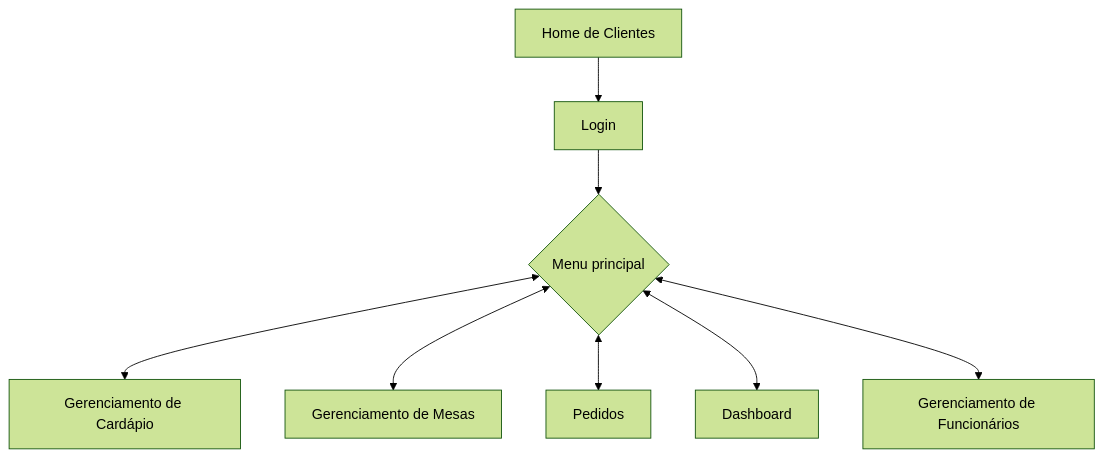
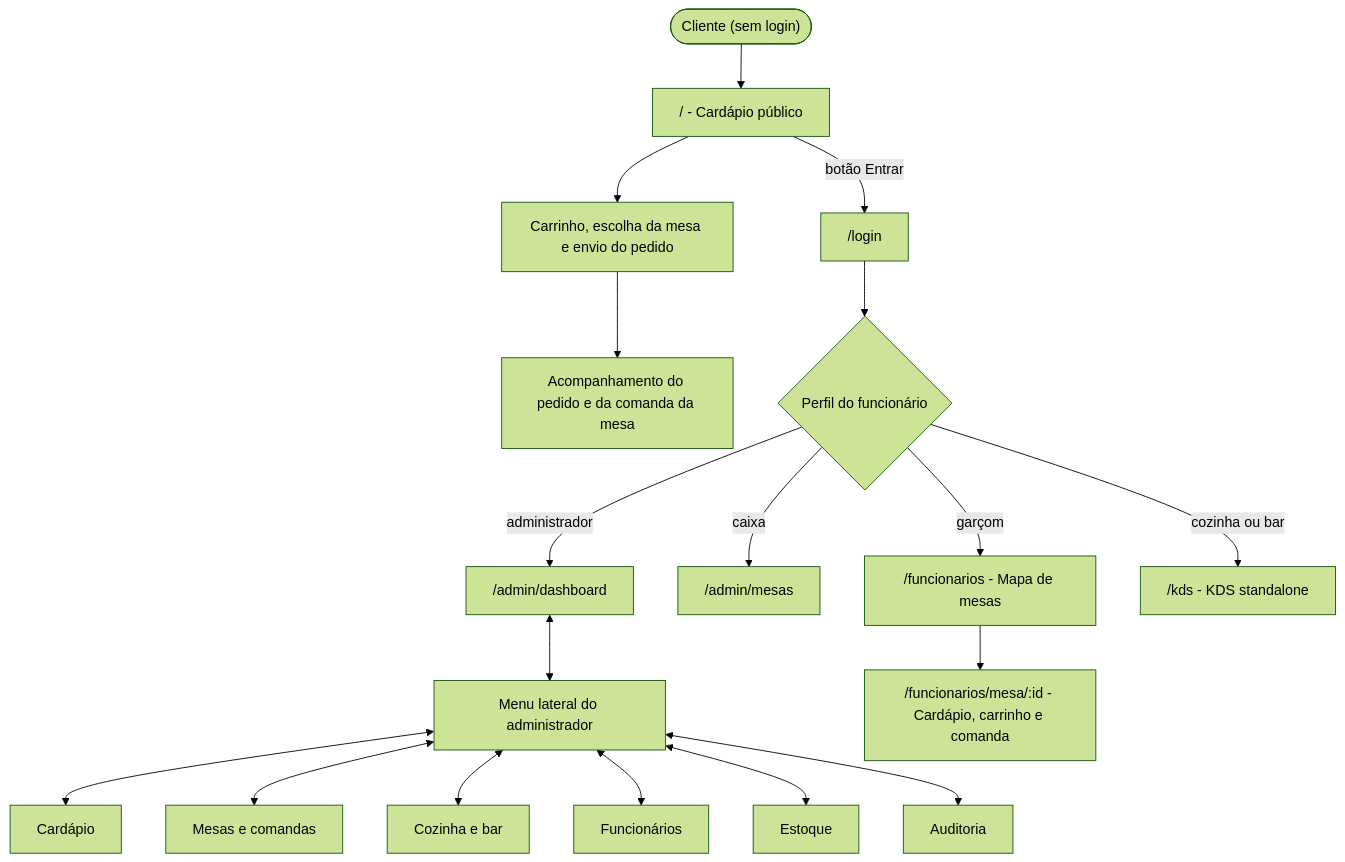
The first of 11 diagrams in README.md (ProntaComanda/ProntaComanda-docs), drawn with Mermaid (forest theme) before and after one commit. The commit also changed other lines of this file, not shown here.

````diff
--- a/README.md
+++ b/README.md
@@ -317,10 +502,23 @@
 ```mermaid
 graph TD
-    HomeClients["Home de Clientes"] --> Login
-    Login --> Menu{"Menu principal"}
-    Menu <--> AdminMenu["Gerenciamento de Cardápio"]
-    Menu <--> AdminTables["Gerenciamento de Mesas"]
-    Menu <--> AdminOrders["Pedidos"]
-    Menu <--> Dashboard["Dashboard"]
-    Menu <--> AdminEmployees["Gerenciamento de Funcionários"]
+    Cliente(["Cliente (sem login)"]) --> Cardapio["/ - Cardápio público"]
+    Cardapio --> Carrinho["Carrinho, escolha da mesa e envio do pedido"]
+    Carrinho --> Acompanha["Acompanhamento do pedido e da comanda da mesa"]
+    Cardapio -->|"botão Entrar"| Login["/login"]
+    Login --> Perfil{"Perfil do funcionário"}
+
+    Perfil -->|administrador| Dashboard["/admin/dashboard"]
+    Perfil -->|caixa| MesasCaixa["/admin/mesas"]
+    Perfil -->|garçom| MapaMesas["/funcionarios - Mapa de mesas"]
+    Perfil -->|"cozinha ou bar"| KDS["/kds - KDS standalone"]
+
+    Dashboard <--> Menu["Menu lateral do administrador"]
+    Menu <--> AdminCardapio["Cardápio"]
+    Menu <--> AdminMesas["Mesas e comandas"]
+    Menu <--> AdminCozinha["Cozinha e bar"]
+    Menu <--> AdminFunc["Funcionários"]
+    Menu <--> AdminEstoque["Estoque"]
+    Menu <--> AdminAuditoria["Auditoria"]
+
+    MapaMesas --> Mesa["/funcionarios/mesa/:id - Cardápio, carrinho e comanda"]
 ```
````
